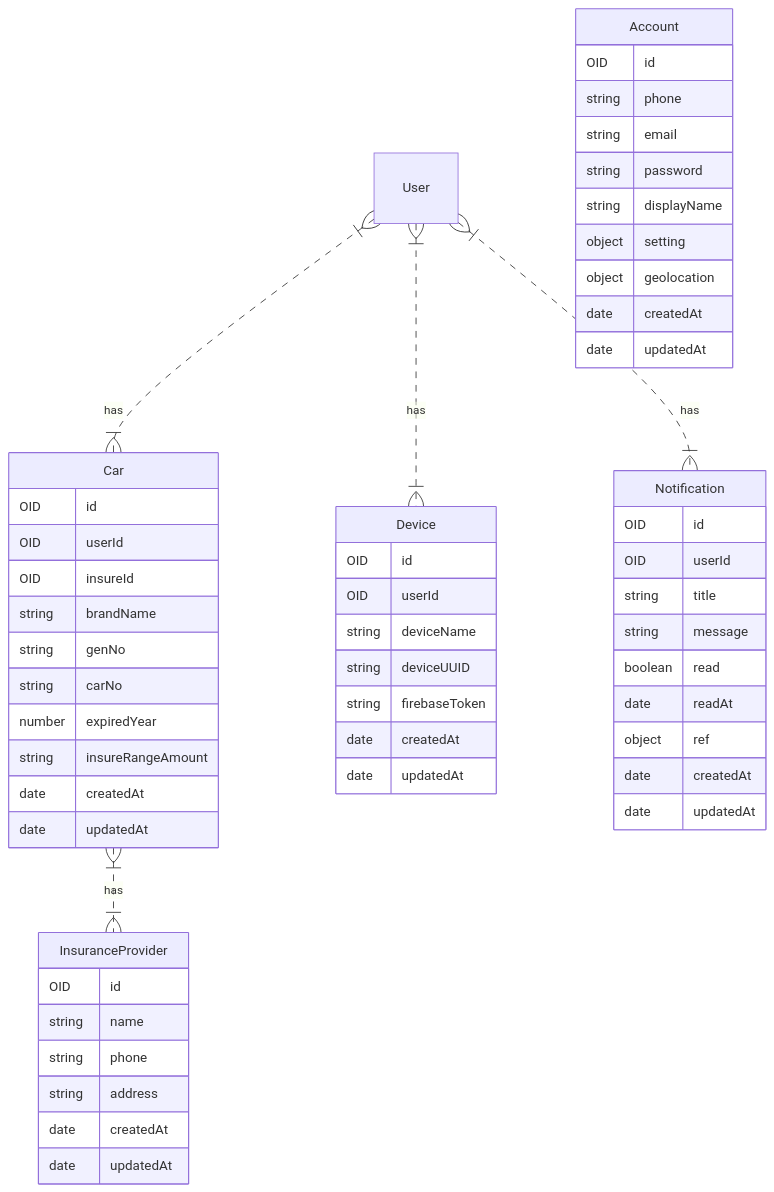
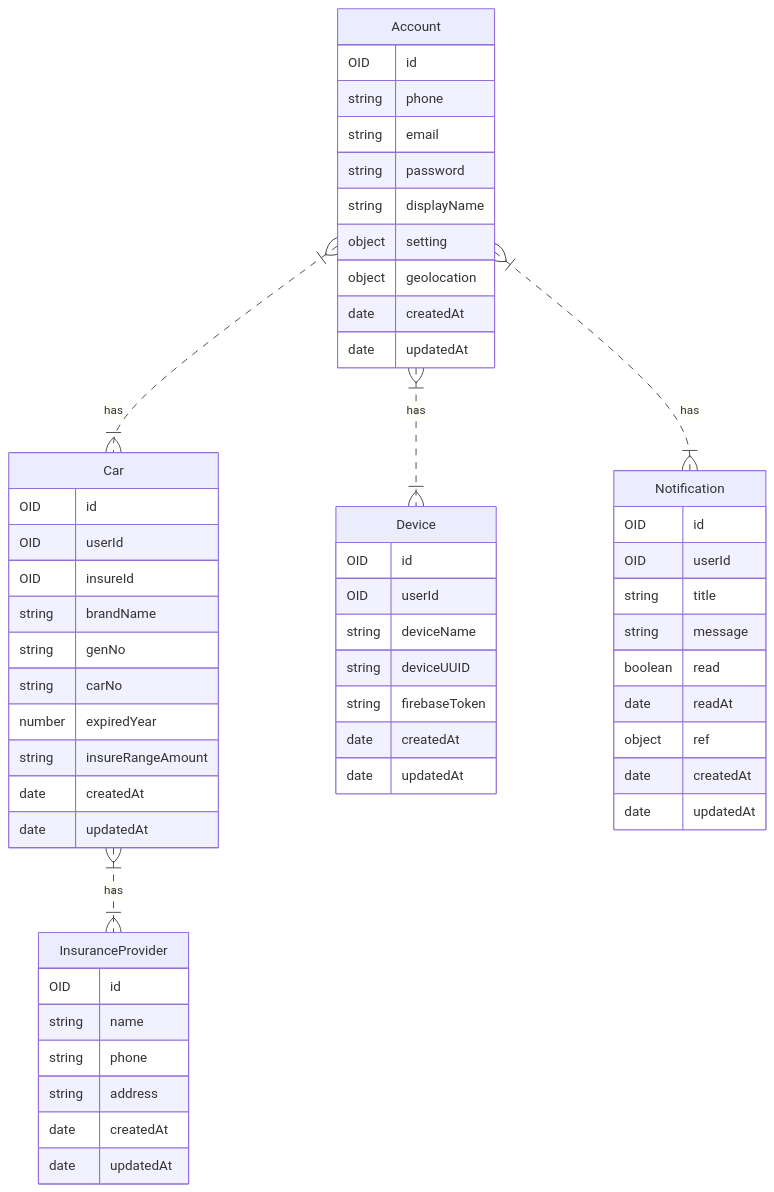
Before and after one commit to nuza555xx/madi-api: the first of 2 diagrams in README.md, drawn with Mermaid.

````diff
--- a/README.md
+++ b/README.md
@@ -22,63 +22,63 @@
 ``` mermaid
 erDiagram
-    User }|..|{ Car : has
-    User }|..|{ Device : has
-    User }|..|{ Notification : has
+    Account }|..|{ Car : has
+    Account }|..|{ Device : has
+    Account }|..|{ Notification : has
     Car }|..|{ InsuranceProvider : has
     Account {
         OID id
         string phone
         string email
         string password
         string displayName
         object setting
         object geolocation
         date createdAt
         date updatedAt
     }
 
     Device {
         OID id
         OID userId
         string deviceName
         string deviceUUID
         string firebaseToken
         date createdAt
         date updatedAt
     }
 
     Car {
         OID id
         OID userId
         OID insureId
         string brandName
         string genNo
         string carNo
         number expiredYear
         string insureRangeAmount
         date createdAt
         date updatedAt
     }
 
     Notification {
         OID id
         OID userId
         string title
         string message
         boolean read
         date readAt
         object ref
         date createdAt
         date updatedAt
     }
 
     InsuranceProvider {
         OID id 
         string name
         string phone
         string address
         date createdAt
         date updatedAt
     }
 
 ```
````
